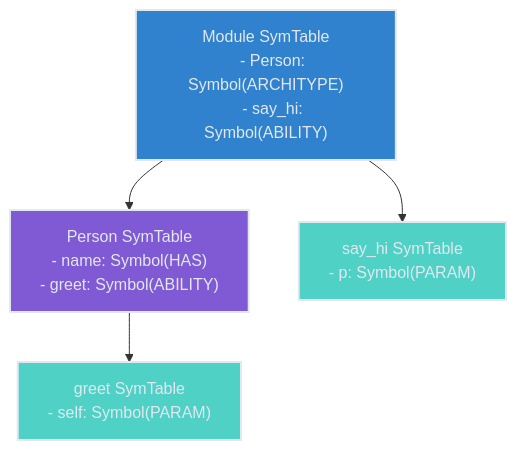
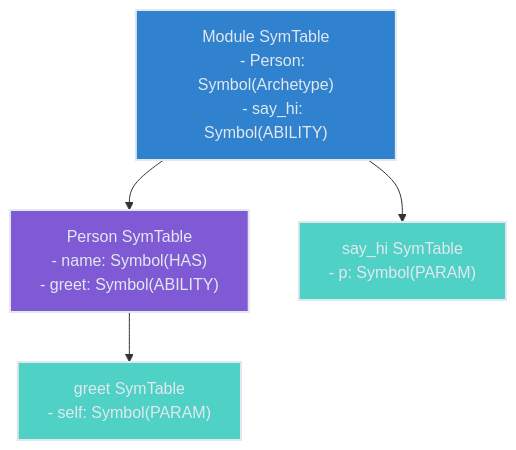
One commit to Jaseci-Labs/jaseci changed the fifth of 5 diagrams in docs/docs/internals/symbol_tables/building.md. Above: the diagram before and after it, drawn with Mermaid. The commit also changed other lines of this file and 85 other files, not shown here.

````diff
--- a/docs/docs/internals/symbol_tables/building.md
+++ b/docs/docs/internals/symbol_tables/building.md
@@ -254,21 +254,21 @@
 ```mermaid
 flowchart TD
     ModuleTable["Module SymTable
-    - Person: Symbol(ARCHITYPE)
+    - Person: Symbol(Archetype)
     - say_hi: Symbol(ABILITY)"]
 
     ModuleTable --> PersonTable["Person SymTable
     - name: Symbol(HAS)
     - greet: Symbol(ABILITY)"]
 
     ModuleTable --> SayHiTable["say_hi SymTable
     - p: Symbol(PARAM)"]
 
     PersonTable --> GreetTable["greet SymTable
     - self: Symbol(PARAM)"]
 
     style ModuleTable fill:#3182ce,stroke:#e2e8f0,stroke-width:2px,color:#e2e8f0
     style PersonTable fill:#805ad5,stroke:#e2e8f0,stroke-width:2px,color:#e2e8f0
     style SayHiTable fill:#4fd1c5,stroke:#e2e8f0,stroke-width:2px,color:#e2e8f0
     style GreetTable fill:#4fd1c5,stroke:#e2e8f0,stroke-width:2px,color:#e2e8f0
 ```
````
